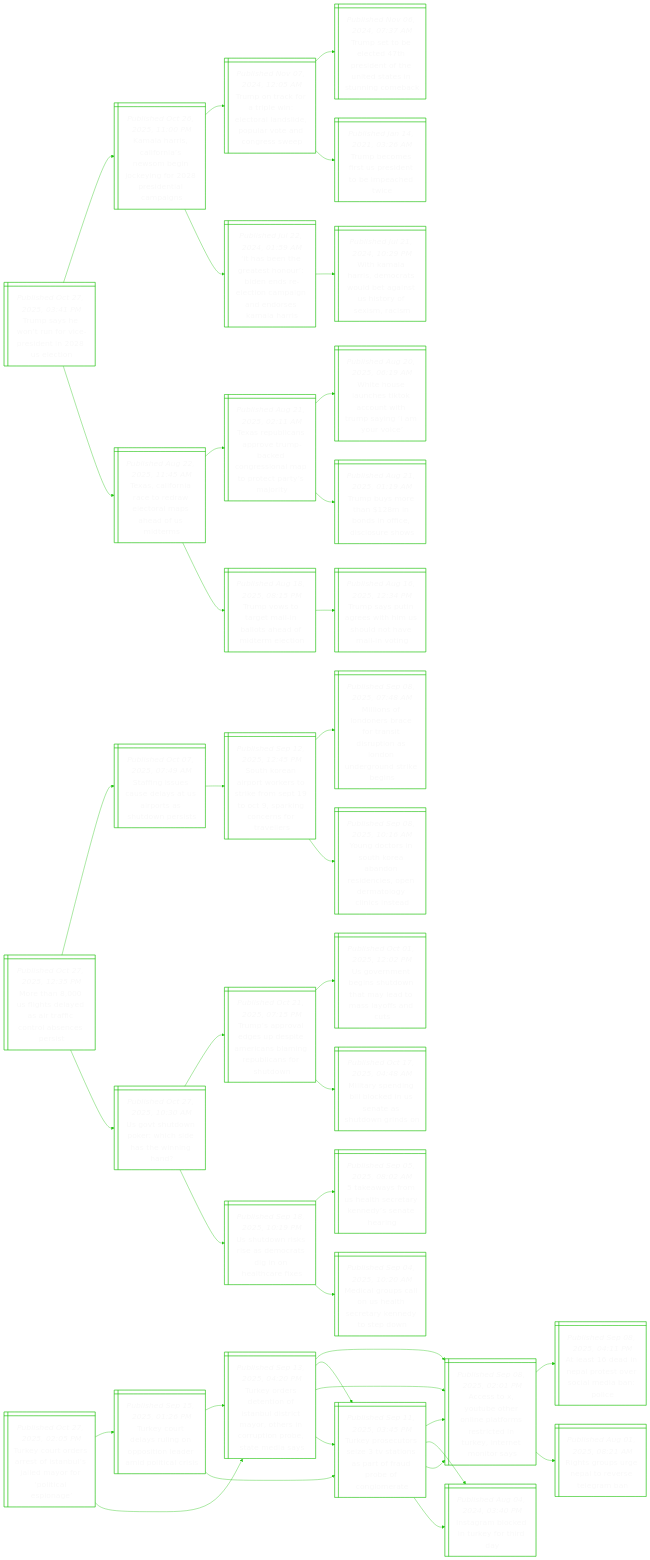
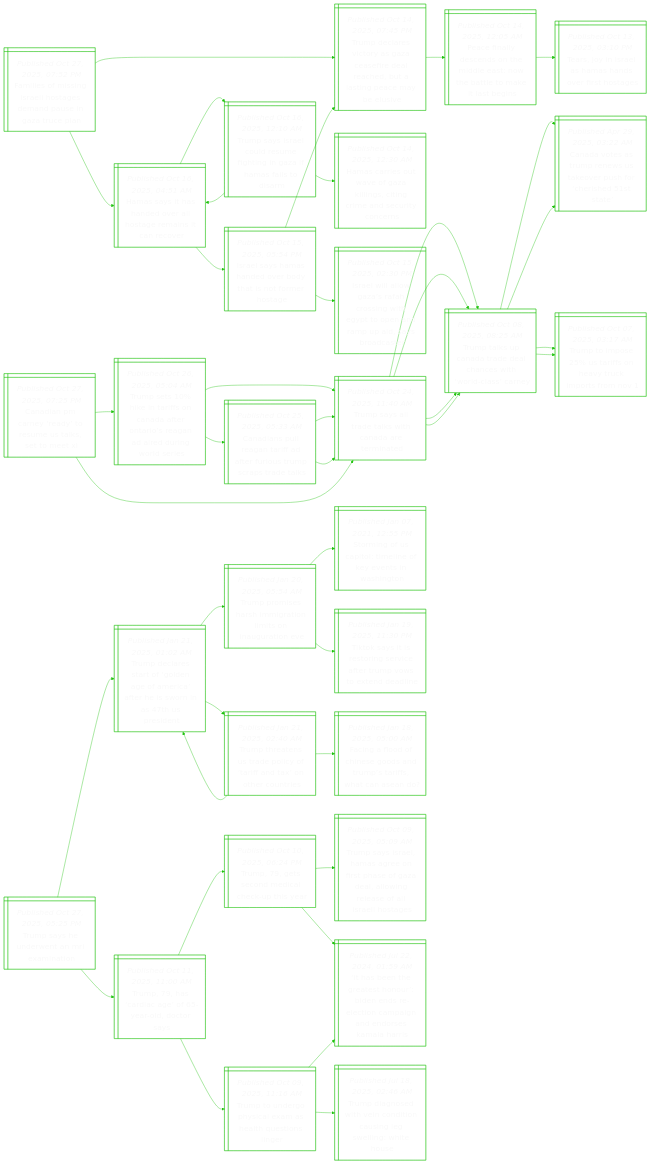
The diagram in README.md (notJmes/notJmes), drawn with Mermaid before and after one commit. The commit also changed other lines of this file, not shown here.

````diff
--- a/README.md
+++ b/README.md
@@ -16,127 +16,130 @@
 flowchart LR
 classDef txtsize font-size:20px;
 
-Tserrpdnen@{ shape: win-pane, label: "_Published Oct 27, 2025, 03:41 PM_
-Trump says he won’t run for vice-president in 2028 us election" }
-Kaiiiweoiriimn@{ shape: win-pane, label: "_Published Oct 26, 2025, 11:00 PM_
-Kamala harris, california’s newsom begin jockeying for 2028 presidential campaigns" }
-TocalEoaipvngs@{ shape: win-pane, label: "_Published Nov 07, 2024, 12:05 AM_
-Trump on track for a triple win: electoral landslide, popular vote and congress sweep" }
-TsbchioUdetne@{ shape: win-pane, label: "_Published Nov 06, 2024, 07:37 AM_
-Trump set to be elected 47th president of the united states in stunning comeback" }
-Tbesrebede@{ shape: win-pane, label: "_Published Jan 14, 2021, 03:26 AM_
-Trump becomes first us president to be impeached twice" }
+FimnaoeauGrl@{ shape: win-pane, label: "_Published Oct 27, 2025, 07:52 PM_
+Families of missing israeli hostages demand pause in gaza truce plan" }
+Tdrcaaededlncbs@{ shape: win-pane, label: "_Published Oct 14, 2025, 07:45 PM_
+Trump declares victory as gaza ceasefire deal reached, but a lasting peace may be elusive" }
+PflcoMeNelale@{ shape: win-pane, label: "_Published Oct 14, 2025, 12:05 AM_
+Peace finally descends on the middle east: now the battle to make it last begins" }
+TjIlmnest@{ shape: win-pane, label: "_Published Oct 13, 2025, 03:10 PM_
+Tears, joy in israel as hamas hands over first hostages" }
+Hstaoltesnv@{ shape: win-pane, label: "_Published Oct 16, 2025, 04:51 AM_
+Hamas says it has handed over all hostage remains it can recover" }
+Tsscretniali@{ shape: win-pane, label: "_Published Oct 16, 2025, 12:10 AM_
+Trump says israel could resume fighting in gaza if hamas fails to disarm" }
+Hcewfkntrnucr@{ shape: win-pane, label: "_Published Oct 14, 2025, 12:30 AM_
+Hamas carries out wave of gaza killings, citing crime and security concerns" }
+Hstaoltesnv@{ shape: win-pane, label: "_Published Oct 16, 2025, 04:51 AM_
+Hamas says it has handed over all hostage remains it can recover" }
+IlHhdbhnroe@{ shape: win-pane, label: "_Published Oct 15, 2025, 05:54 PM_
+Israel says hamas handed over body that is not former hostage" }
+Tdrcaaededlncbs@{ shape: win-pane, label: "_Published Oct 14, 2025, 07:45 PM_
+Trump declares victory as gaza ceasefire deal reached, but a lasting peace may be elusive" }
+IlaGRcitppdusra@{ shape: win-pane, label: "_Published Oct 15, 2025, 02:30 PM_
+Israel will allow gaza’s rafah crossing with egypt to open and ramp up aid, says broadcaster" }
+
+FimnaoeauGrl:::txtsize --> Tdrcaaededlncbs:::txtsize
+Tdrcaaededlncbs:::txtsize --> PflcoMeNelale:::txtsize
+PflcoMeNelale:::txtsize --> TjIlmnest:::txtsize
+FimnaoeauGrl:::txtsize --> Hstaoltesnv:::txtsize
+Hstaoltesnv:::txtsize --> Tsscretniali:::txtsize
+Tsscretniali:::txtsize --> Hcewfkntrnucr:::txtsize
+Tsscretniali:::txtsize --> Hstaoltesnv:::txtsize
+Hstaoltesnv:::txtsize --> IlHhdbhnroe:::txtsize
+IlHhdbhnroe:::txtsize --> Tdrcaaededlncbs:::txtsize
+IlHhdbhnroe:::txtsize --> IlaGRcitppdusra:::txtsize
+
+CiCyysSsoX@{ shape: win-pane, label: "_Published Oct 27, 2025, 07:25 PM_
+Canadian pm carney ‘ready’ to resume us talks, set to meet xi" }
+TsitfaaOiaddnli@{ shape: win-pane, label: "_Published Oct 26, 2025, 05:04 AM_
+Trump sets 10% hike in tariffs on canada after ontario’s reagan ad aired during world series" }
+Tsldkhdtn@{ shape: win-pane, label: "_Published Oct 24, 2025, 11:40 AM_
+Trump says all trade talks with canada are terminated" }
+Ttuaaanirar@{ shape: win-pane, label: "_Published Oct 08, 2025, 08:25 AM_
+Trump talks up canada trade deal chances with ‘world-class’ carney" }
+Ttuaaanirar@{ shape: win-pane, label: "_Published Oct 08, 2025, 08:25 AM_
+Trump talks up canada trade deal chances with ‘world-class’ carney" }
+Ciuaaaeirctt@{ shape: win-pane, label: "_Published Oct 25, 2025, 05:33 AM_
+Canadians pull reagan tariff ad after furious trump scraps trade talks" }
+Tsldkhdtn@{ shape: win-pane, label: "_Published Oct 24, 2025, 11:40 AM_
+Trump says all trade talks with canada are terminated" }
+Tsldkhdtn@{ shape: win-pane, label: "_Published Oct 24, 2025, 11:40 AM_
+Trump says all trade talks with canada are terminated" }
+Tsldkhdtn@{ shape: win-pane, label: "_Published Oct 24, 2025, 11:40 AM_
+Trump says all trade talks with canada are terminated" }
+Ttuaaanirar@{ shape: win-pane, label: "_Published Oct 08, 2025, 08:25 AM_
+Trump talks up canada trade deal chances with ‘world-class’ carney" }
+CasunSourist@{ shape: win-pane, label: "_Published Apr 29, 2025, 03:22 AM_
+Canada votes as trump renews us takeover push for ‘cherished 51st state’" }
+TtotfermsN@{ shape: win-pane, label: "_Published Oct 07, 2025, 03:17 AM_
+Trump to impose 25% us tariffs on heavy truck imports from nov 1" }
+Ttuaaanirar@{ shape: win-pane, label: "_Published Oct 08, 2025, 08:25 AM_
+Trump talks up canada trade deal chances with ‘world-class’ carney" }
+CasunSourist@{ shape: win-pane, label: "_Published Apr 29, 2025, 03:22 AM_
+Canada votes as trump renews us takeover push for ‘cherished 51st state’" }
+TtotfermsN@{ shape: win-pane, label: "_Published Oct 07, 2025, 03:17 AM_
+Trump to impose 25% us tariffs on heavy truck imports from nov 1" }
+
+CiCyysSsoX:::txtsize --> TsitfaaOiaddnli:::txtsize
+TsitfaaOiaddnli:::txtsize --> Tsldkhdtn:::txtsize
+Tsldkhdtn:::txtsize --> Ttuaaanirar:::txtsize
+Tsldkhdtn:::txtsize --> Ttuaaanirar:::txtsize
+TsitfaaOiaddnli:::txtsize --> Ciuaaaeirctt:::txtsize
+Ciuaaaeirctt:::txtsize --> Tsldkhdtn:::txtsize
+Ciuaaaeirctt:::txtsize --> Tsldkhdtn:::txtsize
+CiCyysSsoX:::txtsize --> Tsldkhdtn:::txtsize
+Tsldkhdtn:::txtsize --> Ttuaaanirar:::txtsize
+Ttuaaanirar:::txtsize --> CasunSourist:::txtsize
+Ttuaaanirar:::txtsize --> TtotfermsN:::txtsize
+Tsldkhdtn:::txtsize --> Ttuaaanirar:::txtsize
+Ttuaaanirar:::txtsize --> CasunSourist:::txtsize
+Ttuaaanirar:::txtsize --> TtotfermsN:::txtsize
+
+Tseraenn@{ shape: win-pane, label: "_Published Oct 27, 2025, 05:25 PM_
+Trump says he underwent an mri examination" }
+TdragnfitirsPd@{ shape: win-pane, label: "_Published Jan 21, 2025, 01:02 AM_
+Trump declares start of ‘golden age of america’ after he is sworn in as 47th us president" }
+Tpsrmtioutv@{ shape: win-pane, label: "_Published Jan 20, 2025, 05:54 AM_
+Trump promises harsh immigration limits on inauguration eve" }
+SiUiinenWn@{ shape: win-pane, label: "_Published Jan 07, 2021, 12:55 PM_
+Storming of us capitol: timeline of key events in washington" }
+TkieiraTvond@{ shape: win-pane, label: "_Published Jan 19, 2025, 11:30 PM_
+Tiktok says it is restoring service after trump vows to extend deadline" }
+TttSecaaxhue@{ shape: win-pane, label: "_Published Jan 21, 2025, 02:40 AM_
+Trump threatens us trade policy of ‘tariff and tax’ on other countries" }
+Fgohesrtftso@{ shape: win-pane, label: "_Published Jan 18, 2025, 05:00 AM_
+Facing a flood of chinese goods and trump’s tariffs, what can asean do?" }
+TdragnfitirsPd@{ shape: win-pane, label: "_Published Jan 21, 2025, 01:02 AM_
+Trump declares start of ‘golden age of america’ after he is sworn in as 47th us president" }
+Thraylty@{ shape: win-pane, label: "_Published Oct 11, 2025, 11:00 AM_
+Trump, 79, has ‘cardiac age’ of 65-year-old, doctor says" }
+Tgemacha@{ shape: win-pane, label: "_Published Oct 10, 2025, 06:24 PM_
+Trump, 79, gets second medical check-up this year" }
+TssHaossaaorslaoe@{ shape: win-pane, label: "_Published Oct 09, 2025, 05:09 AM_
+Trump says israel, hamas agree on first phase of gaza deal, allowing release of all israeli hostages" }
 IbhahrnrccidraHs@{ shape: win-pane, label: "_Published Jul 22, 2024, 01:59 AM_
 ‘it has been the greatest honour’: biden ends re-election campaign and endorses kamala harris" }
-WaHscwbaUtfsi@{ shape: win-pane, label: "_Published Jul 21, 2024, 10:29 PM_
-With kamala harris, democrats would bet against us history of sexism, racism" }
-TCoroaclaoim@{ shape: win-pane, label: "_Published Aug 22, 2025, 11:45 AM_
-Texas, california race to redraw electoral maps ahead of us midterms" }
-TRlsoucosattami@{ shape: win-pane, label: "_Published Aug 21, 2025, 02:11 AM_
-Texas republicans approve trump-backed congressional map to protect party’s majority" }
-WHlhkctTsgoi@{ shape: win-pane, label: "_Published Aug 20, 2025, 06:19 AM_
-White house launches tiktok account with trump saying ‘i am your voice’" }
-Tboabiisuo@{ shape: win-pane, label: "_Published Aug 21, 2025, 01:19 AM_
-Trump buys more than $128m in bonds in office, disclosure shows" }
-Tvoellaotlo@{ shape: win-pane, label: "_Published Aug 18, 2025, 08:15 PM_
-Trump vows to target mail-in ballots ahead of midterm election" }
-Tsugwihnvlt@{ shape: win-pane, label: "_Published Aug 16, 2025, 12:34 PM_
-Trump says putin agrees with him us should not have mail-in voting" }
+Ttehamauon@{ shape: win-pane, label: "_Published Oct 09, 2025, 11:16 AM_
+Trump to undergo physical exam as health questions linger" }
+Tdoiidniglho@{ shape: win-pane, label: "_Published Jul 18, 2025, 02:46 AM_
+Trump diagnosed with vein condition causing leg swelling: white house" }
+IbhahrnrccidraHs@{ shape: win-pane, label: "_Published Jul 22, 2024, 01:59 AM_
+‘it has been the greatest honour’: biden ends re-election campaign and endorses kamala harris" }
 
-Tserrpdnen:::txtsize --> Kaiiiweoiriimn:::txtsize
-Kaiiiweoiriimn:::txtsize --> TocalEoaipvngs:::txtsize
-TocalEoaipvngs:::txtsize --> TsbchioUdetne:::txtsize
-TocalEoaipvngs:::txtsize --> Tbesrebede:::txtsize
-Kaiiiweoiriimn:::txtsize --> IbhahrnrccidraHs:::txtsize
-IbhahrnrccidraHs:::txtsize --> WaHscwbaUtfsi:::txtsize
-Tserrpdnen:::txtsize --> TCoroaclaoim:::txtsize
-TCoroaclaoim:::txtsize --> TRlsoucosattami:::txtsize
-TRlsoucosattami:::txtsize --> WHlhkctTsgoi:::txtsize
-TRlsoucosattami:::txtsize --> Tboabiisuo:::txtsize
-TCoroaclaoim:::txtsize --> Tvoellaotlo:::txtsize
-Tvoellaotlo:::txtsize --> Tsugwihnvlt:::txtsize
-
-TytreIbamflaie@{ shape: win-pane, label: "_Published Oct 27, 2025, 02:05 PM_
-Turkey court orders arrest of istanbul’s jailed mayor for ‘political espionage’" }
-Tytyioilrpir@{ shape: win-pane, label: "_Published Sep 15, 2025, 01:26 PM_
-Turkey court delays ruling on opposition leader amid political crisis" }
-Tyrentlratirobtis@{ shape: win-pane, label: "_Published Sep 13, 2025, 04:20 PM_
-Turkey orders detention of istanbul district mayor, others in corruption probe, state media says" }
-Asoerntsrdrneia@{ shape: win-pane, label: "_Published Sep 08, 2025, 02:01 PM_
-Access to x, youtube other online platforms restricted in turkey, internet monitor says" }
-Tyerztnafpogr@{ shape: win-pane, label: "_Published Sep 11, 2025, 03:45 PM_
-Turkey prosecutors seize 3 tv stations as part of fraud probe of conglomerate" }
-Tyerztnafpogr@{ shape: win-pane, label: "_Published Sep 11, 2025, 03:45 PM_
-Turkey prosecutors seize 3 tv stations as part of fraud probe of conglomerate" }
-Asoerntsrdrneia@{ shape: win-pane, label: "_Published Sep 08, 2025, 02:01 PM_
-Access to x, youtube other online platforms restricted in turkey, internet monitor says" }
-Igldror@{ shape: win-pane, label: "_Published Aug 04, 2024, 03:40 PM_
-Instagram blocked in turkey for third day" }
-Tyrentlratirobtis@{ shape: win-pane, label: "_Published Sep 13, 2025, 04:20 PM_
-Turkey orders detention of istanbul district mayor, others in corruption probe, state media says" }
-Asoerntsrdrneia@{ shape: win-pane, label: "_Published Sep 08, 2025, 02:01 PM_
-Access to x, youtube other online platforms restricted in turkey, internet monitor says" }
-Asdpooombl@{ shape: win-pane, label: "_Published Sep 08, 2025, 04:11 PM_
-At least 16 dead in nepal protest over social media ban: police" }
-RspelvTrn@{ shape: win-pane, label: "_Published Aug 01, 2025, 08:21 AM_
-Rights groups urge nepal to reverse telegram ban" }
-Tyerztnafpogr@{ shape: win-pane, label: "_Published Sep 11, 2025, 03:45 PM_
-Turkey prosecutors seize 3 tv stations as part of fraud probe of conglomerate" }
-Asoerntsrdrneia@{ shape: win-pane, label: "_Published Sep 08, 2025, 02:01 PM_
-Access to x, youtube other online platforms restricted in turkey, internet monitor says" }
-Igldror@{ shape: win-pane, label: "_Published Aug 04, 2024, 03:40 PM_
-Instagram blocked in turkey for third day" }
-
-TytreIbamflaie:::txtsize --> Tytyioilrpir:::txtsize
-Tytyioilrpir:::txtsize --> Tyrentlratirobtis:::txtsize
-Tyrentlratirobtis:::txtsize --> Asoerntsrdrneia:::txtsize
-Tyrentlratirobtis:::txtsize --> Tyerztnafpogr:::txtsize
-Tytyioilrpir:::txtsize --> Tyerztnafpogr:::txtsize
-Tyerztnafpogr:::txtsize --> Asoerntsrdrneia:::txtsize
-Tyerztnafpogr:::txtsize --> Igldror:::txtsize
-TytreIbamflaie:::txtsize --> Tyrentlratirobtis:::txtsize
-Tyrentlratirobtis:::txtsize --> Asoerntsrdrneia:::txtsize
-Asoerntsrdrneia:::txtsize --> Asdpooombl:::txtsize
-Asoerntsrdrneia:::txtsize --> RspelvTrn:::txtsize
-Tyrentlratirobtis:::txtsize --> Tyerztnafpogr:::txtsize
-Tyerztnafpogr:::txtsize --> Asoerntsrdrneia:::txtsize
-Tyerztnafpogr:::txtsize --> Igldror:::txtsize
-
-Mhftasrcrssi@{ shape: win-pane, label: "_Published Oct 27, 2025, 12:35 PM_
-More than 8,000 us flights delayed as air traffic control absences persist" }
-Sisaeaithws@{ shape: win-pane, label: "_Published Oct 07, 2025, 07:49 AM_
-Staffing issues cause delays at us airports as shutdown persists" }
-SKnortiottkontl@{ shape: win-pane, label: "_Published Sep 12, 2025, 12:45 PM_
-South korean airport workers to strike from sept 19 to oct 9, sparking concerns for travellers" }
-MoLnronitsoeure@{ shape: win-pane, label: "_Published Sep 08, 2025, 07:48 AM_
-Millions of londoners brace for transit disruption as london underground strike begins" }
-Ydroobndenagnnd@{ shape: win-pane, label: "_Published Sep 08, 2025, 10:16 AM_
-Young doctors in south korea abandon residencies, open dermatology clinics instead" }
-Utdohisig@{ shape: win-pane, label: "_Published Oct 27, 2025, 10:30 AM_
-Us govt shutdown poker: which side has the winning hand?" }
-Tsodpienmeifun@{ shape: win-pane, label: "_Published Oct 21, 2025, 07:15 PM_
-Trump’s approval edges up despite americans blaming republicans for shutdown" }
-Ueniunmaayat@{ shape: win-pane, label: "_Published Oct 01, 2025, 12:02 PM_
-Us government begins shutdown that may lead to mass layoffs and cuts" }
-MaegbeSthwn@{ shape: win-pane, label: "_Published Oct 17, 2025, 04:48 AM_
-Military spending bill blocked in us senate as shutdown grinds on" }
-Utrrscdolre@{ shape: win-pane, label: "_Published Sep 18, 2025, 10:19 PM_
-Us shutdown risks rise as democrats dig in on healthcare fixes" }
-twrHheKdneg@{ shape: win-pane, label: "_Published Sep 05, 2025, 08:02 AM_
-5 takeaways from us health secretary kennedy’s senate hearing" }
-MaulStryeso@{ shape: win-pane, label: "_Published Sep 04, 2025, 10:20 AM_
-Medical groups call on us health secretary kennedy to step down" }
-
-Mhftasrcrssi:::txtsize --> Sisaeaithws:::txtsize
-Sisaeaithws:::txtsize --> SKnortiottkontl:::txtsize
-SKnortiottkontl:::txtsize --> MoLnronitsoeure:::txtsize
-SKnortiottkontl:::txtsize --> Ydroobndenagnnd:::txtsize
-Mhftasrcrssi:::txtsize --> Utdohisig:::txtsize
-Utdohisig:::txtsize --> Tsodpienmeifun:::txtsize
-Tsodpienmeifun:::txtsize --> Ueniunmaayat:::txtsize
-Tsodpienmeifun:::txtsize --> MaegbeSthwn:::txtsize
-Utdohisig:::txtsize --> Utrrscdolre:::txtsize
-Utrrscdolre:::txtsize --> twrHheKdneg:::txtsize
-Utrrscdolre:::txtsize --> MaulStryeso:::txtsize
+Tseraenn:::txtsize --> TdragnfitirsPd:::txtsize
+TdragnfitirsPd:::txtsize --> Tpsrmtioutv:::txtsize
+Tpsrmtioutv:::txtsize --> SiUiinenWn:::txtsize
+Tpsrmtioutv:::txtsize --> TkieiraTvond:::txtsize
+TdragnfitirsPd:::txtsize --> TttSecaaxhue:::txtsize
+TttSecaaxhue:::txtsize --> Fgohesrtftso:::txtsize
+TttSecaaxhue:::txtsize --> TdragnfitirsPd:::txtsize
+Tseraenn:::txtsize --> Thraylty:::txtsize
+Thraylty:::txtsize --> Tgemacha:::txtsize
+Tgemacha:::txtsize --> TssHaossaaorslaoe:::txtsize
+Tgemacha:::txtsize --> IbhahrnrccidraHs:::txtsize
+Thraylty:::txtsize --> Ttehamauon:::txtsize
+Ttehamauon:::txtsize --> Tdoiidniglho:::txtsize
+Ttehamauon:::txtsize --> IbhahrnrccidraHs:::txtsize
 
 ```
````
